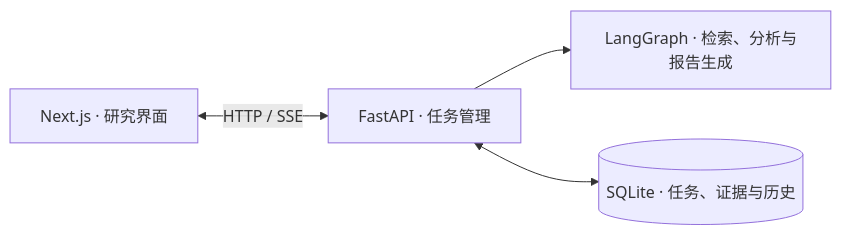
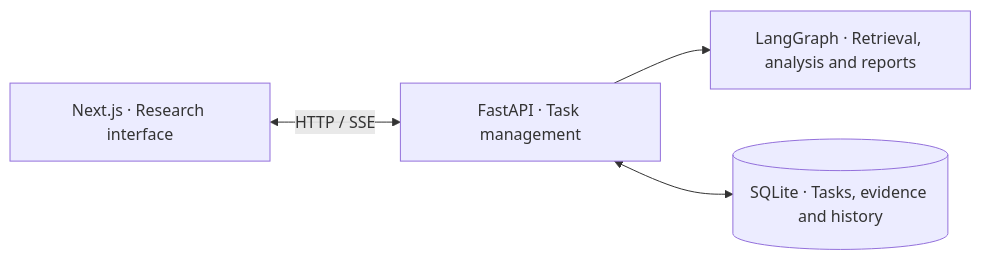
One commit to Kira-Yoshikage-549/ResearchAgent changed the diagram in README.md. Above: the diagram before and after it, drawn with Mermaid. The commit also changed other lines of this file and 3 other files, not shown here.

````diff
--- a/README.md
+++ b/README.md
@@ -33,6 +35,6 @@
 ```mermaid
 flowchart LR
-    Web["Next.js · 研究界面"] <-->|HTTP / SSE| API["FastAPI · 任务管理"]
-    API --> Agent["LangGraph · 检索、分析与报告生成"]
-    API <--> DB[("SQLite · 任务、证据与历史")]
+    Web["Next.js · Research interface"] <-->|HTTP / SSE| API["FastAPI · Task management"]
+    API --> Agent["LangGraph · Retrieval, analysis and reports"]
+    API <--> DB[("SQLite · Tasks, evidence and history")]
 ```
````
